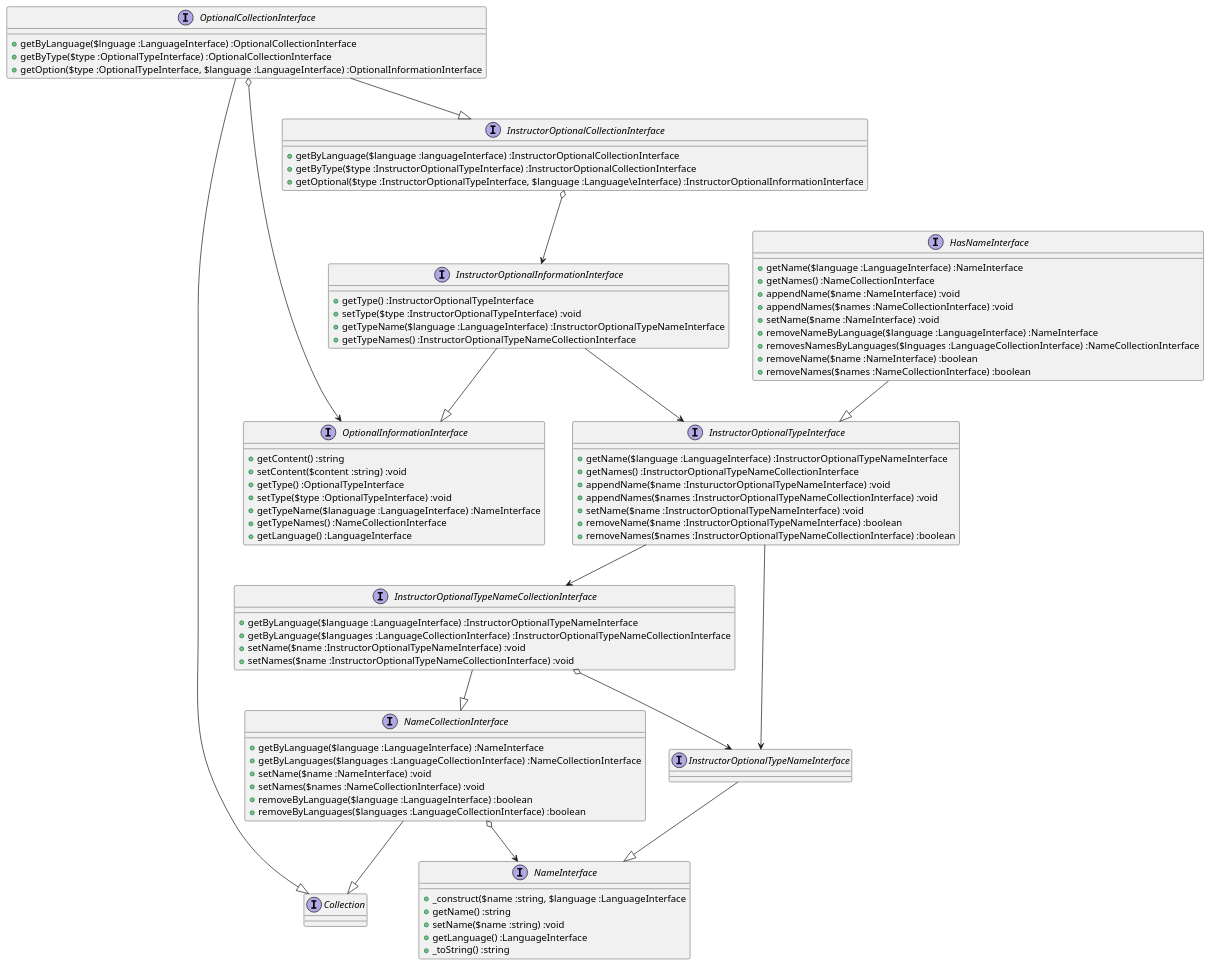
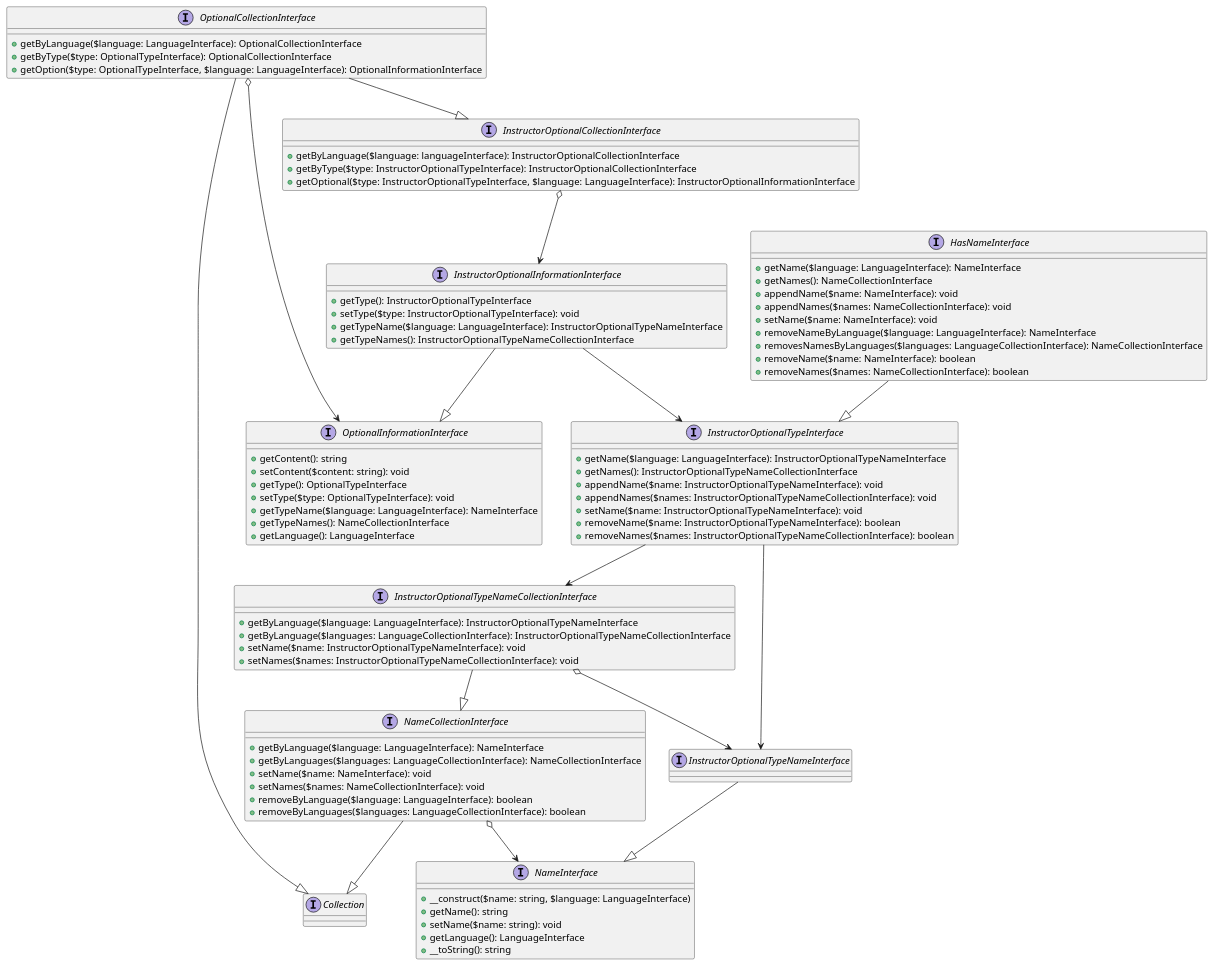
The diagram in doc/diagram/NUOCW/CoreBundle/Entity/Instructor/InstructorOptionalInformationInterface.puml (NUOCW/ocw-cms), drawn with PlantUML before and after one commit. The commit also changed 2 other files, not shown here.

```diff
--- a/doc/diagram/NUOCW/CoreBundle/Entity/Instructor/InstructorOptionalInformationInterface.puml
+++ b/doc/diagram/NUOCW/CoreBundle/Entity/Instructor/InstructorOptionalInformationInterface.puml
@@ -1,112 +1,112 @@
 @startuml
 
 
 interface Collection
 
 interface InstructorOptionalTypeNameInterface
 
 interface InstructorOptionalCollectionInterface {
-    +getByLanguage($language :languageInterface) :InstructorOptionalCollectionInterface
-    +getByType($type :InstructorOptionalTypeInterface) :InstructorOptionalCollectionInterface
-    +getOptional($type :InstructorOptionalTypeInterface, $language :Language\eInterface) :InstructorOptionalInformationInterface
+    +getByLanguage($language: languageInterface): InstructorOptionalCollectionInterface
+    +getByType($type: InstructorOptionalTypeInterface): InstructorOptionalCollectionInterface
+    +getOptional($type: InstructorOptionalTypeInterface, $language: LanguageInterface): InstructorOptionalInformationInterface
 }
 
 interface OptionalCollectionInterface {
-    +getByLanguage($lnguage :LanguageInterface) :OptionalCollectionInterface
-    +getByType($type :OptionalTypeInterface) :OptionalCollectionInterface
-    +getOption($type :OptionalTypeInterface, $language :LanguageInterface) :OptionalInformationInterface
+    +getByLanguage($language: LanguageInterface): OptionalCollectionInterface
+    +getByType($type: OptionalTypeInterface): OptionalCollectionInterface
+    +getOption($type: OptionalTypeInterface, $language: LanguageInterface): OptionalInformationInterface
 }
 
 interface OptionalInformationInterface {
-    +getContent() :string
-    +setContent($content :string) :void
-    +getType() :OptionalTypeInterface
-    +setType($type :OptionalTypeInterface) :void
-    +getTypeName($lanaguage :LanguageInterface) :NameInterface
-    +getTypeNames() :NameCollectionInterface
-    +getLanguage() :LanguageInterface
+    +getContent(): string
+    +setContent($content: string): void
+    +getType(): OptionalTypeInterface
+    +setType($type: OptionalTypeInterface): void
+    +getTypeName($language: LanguageInterface): NameInterface
+    +getTypeNames(): NameCollectionInterface
+    +getLanguage(): LanguageInterface
 }
 
 interface InstructorOptionalInformationInterface {
-    +getType() :InstructorOptionalTypeInterface
-    +setType($type :InstructorOptionalTypeInterface) :void
-    +getTypeName($language :LanguageInterface) :InstructorOptionalTypeNameInterface
-    +getTypeNames() :InstructorOptionalTypeNameCollectionInterface
+    +getType(): InstructorOptionalTypeInterface
+    +setType($type: InstructorOptionalTypeInterface): void
+    +getTypeName($language: LanguageInterface): InstructorOptionalTypeNameInterface
+    +getTypeNames(): InstructorOptionalTypeNameCollectionInterface
 }
 
 interface InstructorOptionalTypeInterface {
-    +getName($language :LanguageInterface) :InstructorOptionalTypeNameInterface
-    +getNames() :InstructorOptionalTypeNameCollectionInterface
-    +appendName($name :InstuructorOptionalTypeNameInterface) :void
-    +appendNames($names :InstructorOptionalTypeNameCollectionInterface) :void
-    +setName($name :InstructorOptionalTypeNameInterface) :void
-    +removeName($name :InstructorOptionalTypeNameInterface) :boolean
-    +removeNames($names :InstructorOptionalTypeNameCollectionInterface) :boolean
+    +getName($language: LanguageInterface): InstructorOptionalTypeNameInterface
+    +getNames(): InstructorOptionalTypeNameCollectionInterface
+    +appendName($name: InstructorOptionalTypeNameInterface): void
+    +appendNames($names: InstructorOptionalTypeNameCollectionInterface): void
+    +setName($name: InstructorOptionalTypeNameInterface): void
+    +removeName($name: InstructorOptionalTypeNameInterface): boolean
+    +removeNames($names: InstructorOptionalTypeNameCollectionInterface): boolean
 }
 
 interface HasNameInterface {
-    +getName($language :LanguageInterface) :NameInterface
-    +getNames() :NameCollectionInterface
-    +appendName($name :NameInterface) :void
-    +appendNames($names :NameCollectionInterface) :void
-    +setName($name :NameInterface) :void
-    +removeNameByLanguage($language :LanguageInterface) :NameInterface
-    +removesNamesByLanguages($lnguages :LanguageCollectionInterface) :NameCollectionInterface
-    +removeName($name :NameInterface) :boolean
-    +removeNames($names :NameCollectionInterface) :boolean
+    +getName($language: LanguageInterface): NameInterface
+    +getNames(): NameCollectionInterface
+    +appendName($name: NameInterface): void
+    +appendNames($names: NameCollectionInterface): void
+    +setName($name: NameInterface): void
+    +removeNameByLanguage($language: LanguageInterface): NameInterface
+    +removesNamesByLanguages($languages: LanguageCollectionInterface): NameCollectionInterface
+    +removeName($name: NameInterface): boolean
+    +removeNames($names: NameCollectionInterface): boolean
 }
 
 interface InstructorOptionalTypeNameCollectionInterface {
-    +getByLanguage($language :LanguageInterface) :InstructorOptionalTypeNameInterface
-    +getByLanguage($languages :LanguageCollectionInterface) :InstructorOptionalTypeNameCollectionInterface
-    +setName($name :InstructorOptionalTypeNameInterface) :void
-    +setNames($name :InstructorOptionalTypeNameCollectionInterface) :void
+    +getByLanguage($language: LanguageInterface): InstructorOptionalTypeNameInterface
+    +getByLanguage($languages: LanguageCollectionInterface): InstructorOptionalTypeNameCollectionInterface
+    +setName($name: InstructorOptionalTypeNameInterface): void
+    +setNames($names: InstructorOptionalTypeNameCollectionInterface): void
 }
 
 interface NameCollectionInterface {
-    +getByLanguage($language :LanguageInterface) :NameInterface
-    +getByLanguages($languages :LanguageCollectionInterface) :NameCollectionInterface
-    +setName($name :NameInterface) :void
-    +setNames($names :NameCollectionInterface) :void
-    +removeByLanguage($language :LanguageInterface) :boolean
-    +removeByLanguages($languages :LanguageCollectionInterface) :boolean
+    +getByLanguage($language: LanguageInterface): NameInterface
+    +getByLanguages($languages: LanguageCollectionInterface): NameCollectionInterface
+    +setName($name: NameInterface): void
+    +setNames($names: NameCollectionInterface): void
+    +removeByLanguage($language: LanguageInterface): boolean
+    +removeByLanguages($languages: LanguageCollectionInterface): boolean
 }
 
 interface NameInterface {
-    +_construct($name :string, $language :LanguageInterface
-    +getName() :string
-    +setName($name :string) :void
-    +getLanguage() :LanguageInterface
-    +_toString() :string
+    +__construct($name: string, $language: LanguageInterface)
+    +getName(): string
+    +setName($name: string): void
+    +getLanguage(): LanguageInterface
+    +__toString(): string
 }
 
 OptionalCollectionInterface o--> OptionalInformationInterface
 
 OptionalCollectionInterface --|> Collection
 
 OptionalCollectionInterface --|> InstructorOptionalCollectionInterface
 
 InstructorOptionalCollectionInterface o--> InstructorOptionalInformationInterface
 
 InstructorOptionalInformationInterface -->InstructorOptionalTypeInterface
 
 InstructorOptionalInformationInterface --|> OptionalInformationInterface
 
 HasNameInterface --|> InstructorOptionalTypeInterface
 
 InstructorOptionalTypeInterface --> InstructorOptionalTypeNameInterface
 
 InstructorOptionalTypeInterface --> InstructorOptionalTypeNameCollectionInterface
 
 InstructorOptionalTypeNameInterface --|> NameInterface
 
 InstructorOptionalTypeNameCollectionInterface o--> InstructorOptionalTypeNameInterface
 
 InstructorOptionalTypeNameCollectionInterface --|> NameCollectionInterface
 
 NameCollectionInterface o--> NameInterface
 
 NameCollectionInterface --|> Collection
 
 
 @enduml
```
